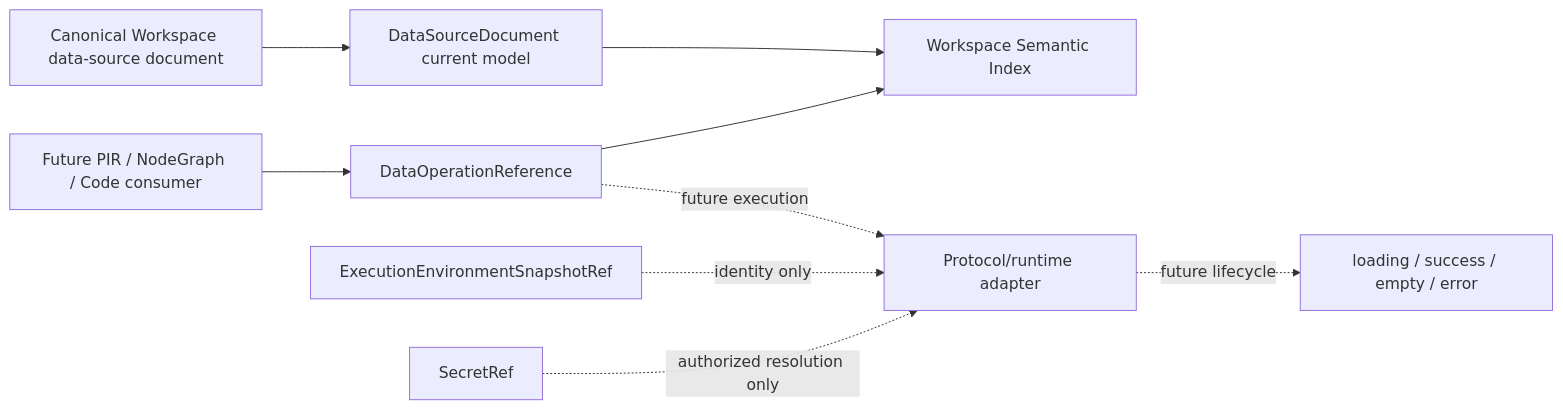
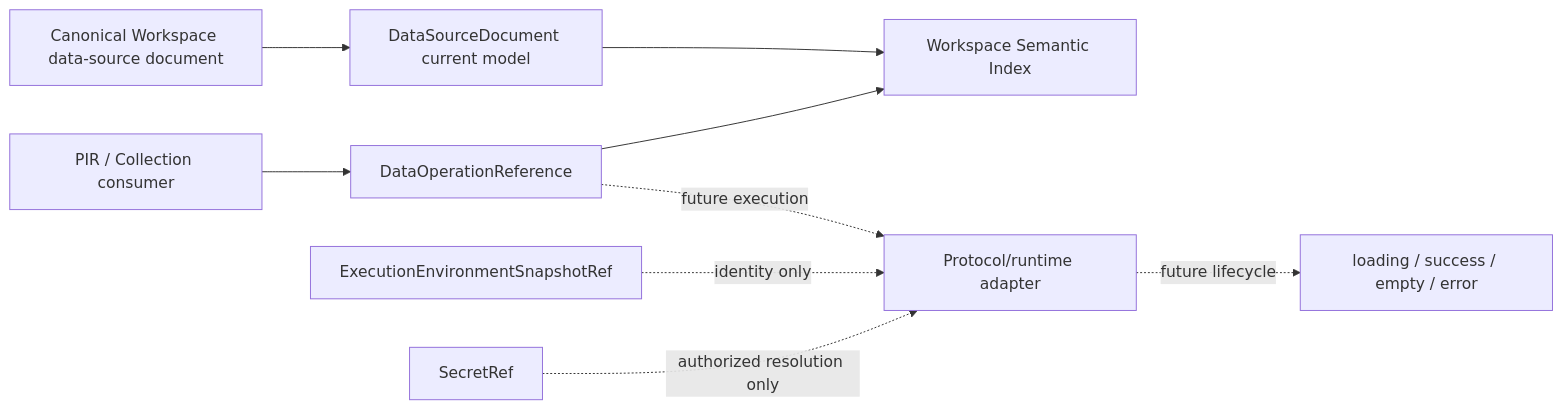
Before and after one commit to Mdr-Tutorials/prodivix: the diagram in specs/decisions/45.data-operation-and-environment-reference-foundation.md, drawn with Mermaid. The commit also changed other lines of this file and 75 other files, not shown here.

````diff
--- a/specs/decisions/45.data-operation-and-environment-reference-foundation.md
+++ b/specs/decisions/45.data-operation-and-environment-reference-foundation.md
@@ -93,11 +95,11 @@
 ```mermaid
 flowchart LR
     Workspace["Canonical Workspace data-source document"] --> DataModel["DataSourceDocument current model"]
     DataModel --> Semantic["Workspace Semantic Index"]
-    Consumer["Future PIR / NodeGraph / Code consumer"] --> Ref["DataOperationReference"]
+    Consumer["PIR / Collection consumer"] --> Ref["DataOperationReference"]
     Ref --> Semantic
     Ref -. "future execution" .-> Adapter["Protocol/runtime adapter"]
     Env["ExecutionEnvironmentSnapshotRef"] -. "identity only" .-> Adapter
     Secret["SecretRef"] -. "authorized resolution only" .-> Adapter
     Adapter -. "future lifecycle" .-> Lifecycle["loading / success / empty / error"]
 ```
````
